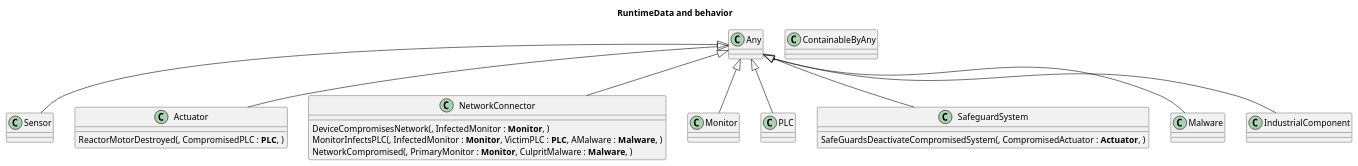
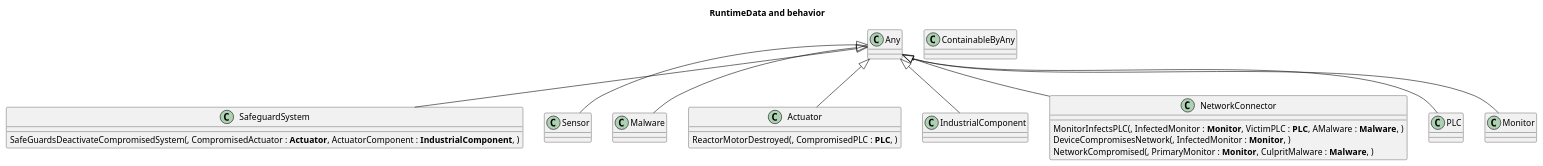
One commit to lewisccox/lc2071HonoursProject changed the diagram in doc-gen/plantuml/BehaviourDefinitions.rtd.class.plantuml. Above: the diagram before and after it, drawn with PlantUML. The commit also changed 6 other files, not shown here.

```diff
--- a/doc-gen/plantuml/BehaviourDefinitions.rtd.class.plantuml
+++ b/doc-gen/plantuml/BehaviourDefinitions.rtd.class.plantuml
@@ -1,38 +1,38 @@
 @startuml
 title RuntimeData and behavior
+class SafeguardSystem  {
+	SafeGuardsDeactivateCompromisedSystem(, CompromisedActuator : **Actuator**, ActuatorComponent : **IndustrialComponent**, )
+}
 class Sensor  {
+}
+class Malware  {
 }
 class Actuator  {
 	ReactorMotorDestroyed(, CompromisedPLC : **PLC**, )
 }
+class IndustrialComponent  {
+}
+class ContainableByAny  {
+}
+class Any  {
+}
 class NetworkConnector  {
+	MonitorInfectsPLC(, InfectedMonitor : **Monitor**, VictimPLC : **PLC**, AMalware : **Malware**, )
 	DeviceCompromisesNetwork(, InfectedMonitor : **Monitor**, )
-	MonitorInfectsPLC(, InfectedMonitor : **Monitor**, VictimPLC : **PLC**, AMalware : **Malware**, )
 	NetworkCompromised(, PrimaryMonitor : **Monitor**, CulpritMalware : **Malware**, )
+}
+class PLC  {
 }
 class Monitor  {
 }
-class PLC  {
-}
-class SafeguardSystem  {
-	SafeGuardsDeactivateCompromisedSystem(, CompromisedActuator : **Actuator**, )
-}
-class Malware  {
-}
-class Any  {
-}
-class ContainableByAny  {
-}
-class IndustrialComponent  {
-}
 
 
+SafeguardSystem -up-|>  Any
 Sensor -up-|>  Any
+Malware -up-|>  Any
 Actuator -up-|>  Any
+IndustrialComponent -up-|>  Any
 NetworkConnector -up-|>  Any
+PLC -up-|>  Any
 Monitor -up-|>  Any
-PLC -up-|>  Any
-SafeguardSystem -up-|>  Any
-Malware -up-|>  Any
-IndustrialComponent -up-|>  Any
 @enduml
```
